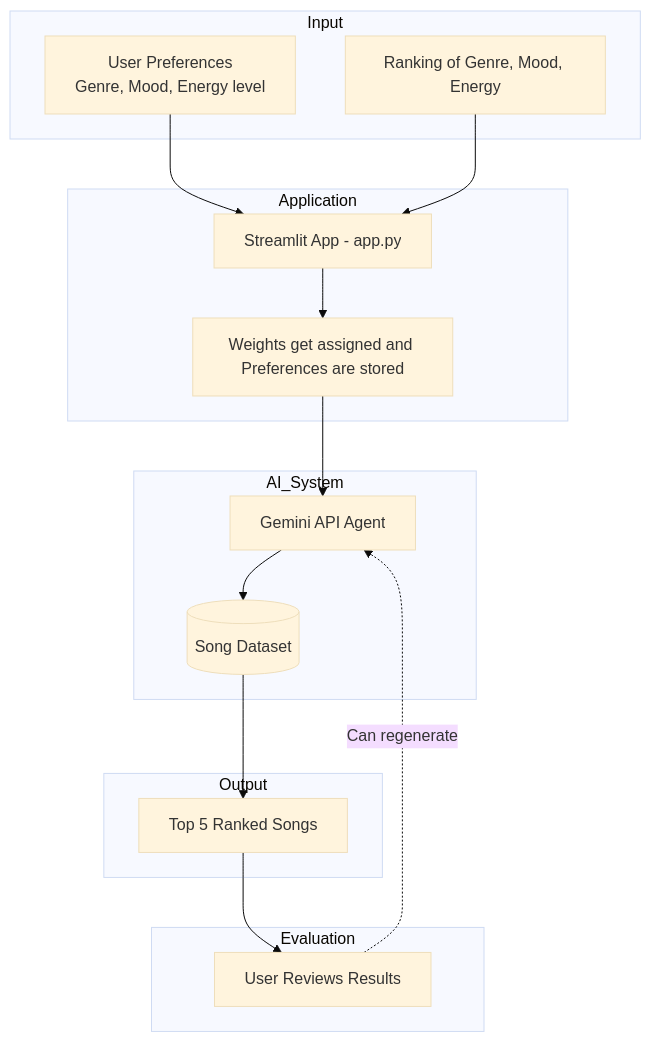
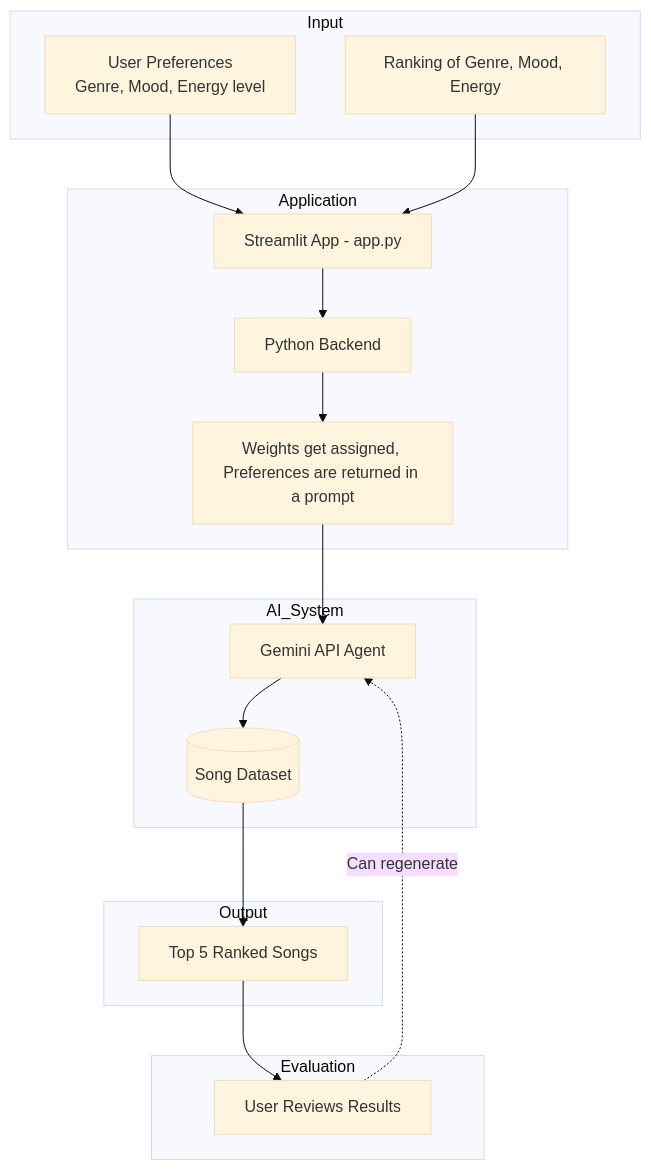
The diagram in diagrams/ai_system_architecture_diagram.mmd (rfirdaus67/applied-ai-system-project), drawn with Mermaid (base theme) before and after one commit.

Commit message:
Finalized Diagram

```diff
--- a/diagrams/ai_system_architecture_diagram.mmd
+++ b/diagrams/ai_system_architecture_diagram.mmd
@@ -1,33 +1,35 @@
 flowchart TD
 
     subgraph Input
         A[User Preferences<br/>Genre, Mood, Energy level]
         B[Ranking of Genre, Mood, Energy]
     end
 
     subgraph Application
         C[Streamlit App - app.py]
-        D[Weights get assigned and Preferences are stored]
+        D[Python Backend]
+        E[Weights get assigned, Preferences are returned in a prompt]
     end
 
     subgraph AI_System
-        E[Gemini API Agent]
-        F[(Song Dataset)]
+        F[Gemini API Agent]
+        G[(Song Dataset)]
     end
 
     subgraph Output
-        G[Top 5 Ranked Songs]
+        H[Top 5 Ranked Songs]
     end
 
     subgraph Evaluation
-        H[User Reviews Results]
+        I[User Reviews Results]
     end
 
     A --> C
     B --> C
     C --> D
     D --> E
     E --> F
     F --> G
     G --> H
-    H -. Can regenerate .-> E
+    H --> I
+    I -. Can regenerate .-> F
```
